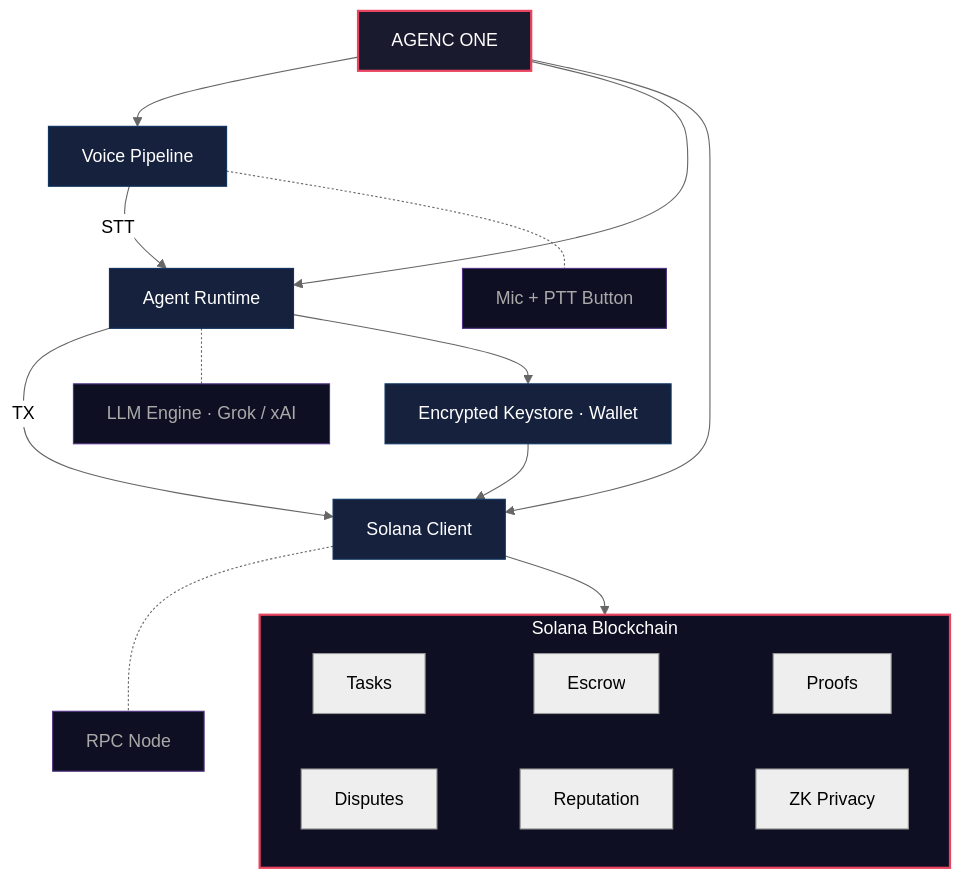
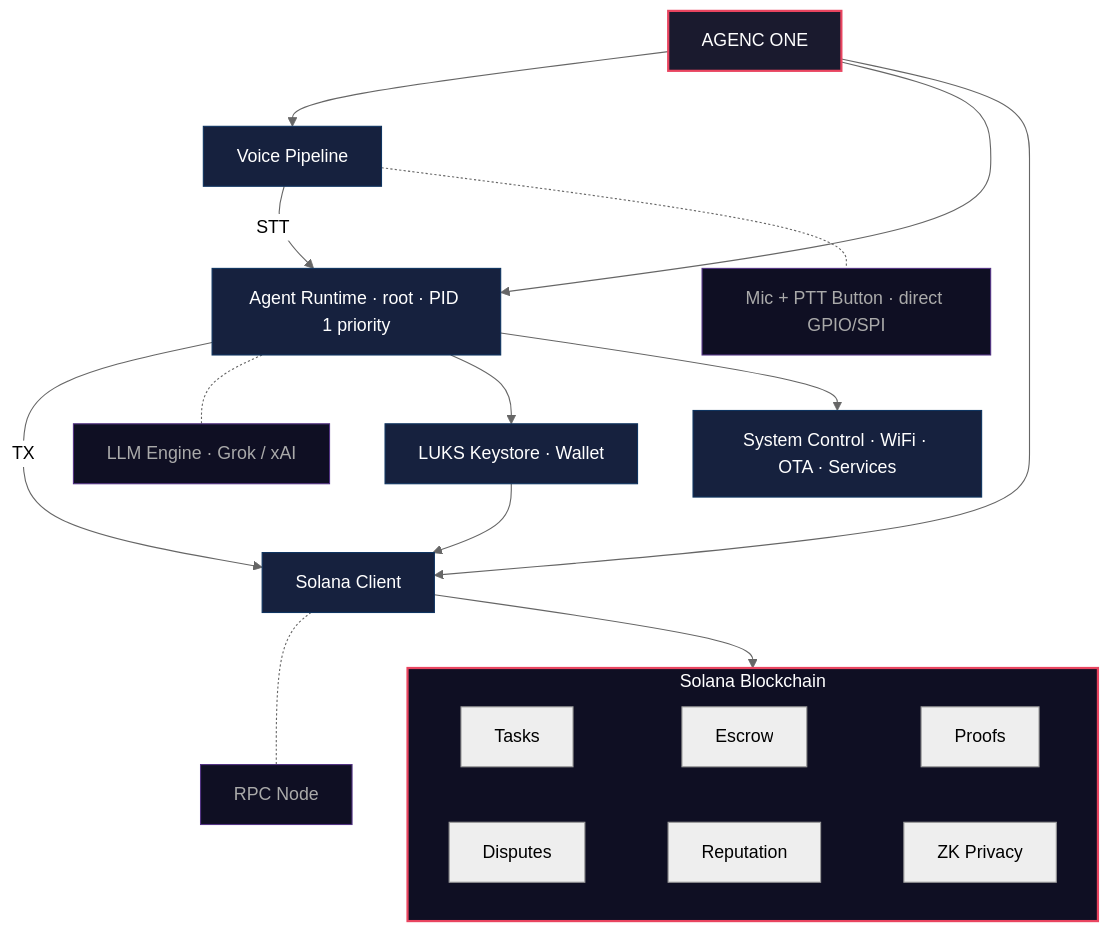
The diagram in README.md (tetsuo-ai/agenc-one), drawn with Mermaid (neutral theme) before and after one commit. The commit also changed other lines of this file and 7 other files, not shown here.

````diff
--- a/README.md
+++ b/README.md
@@ -78,34 +81,36 @@
 ```mermaid
 graph TD
     A[AGENC ONE] --> B[Voice Pipeline]
-    A --> C[Agent Runtime]
+    A --> C[Agent Runtime · root · PID 1 priority]
     A --> D[Solana Client]
 
     B --> |STT| C
     C --> |TX| D
 
-    B -.- E[Mic + PTT Button]
+    B -.- E[Mic + PTT Button · direct GPIO/SPI]
     C -.- F[LLM Engine · Grok / xAI]
     D -.- G[RPC Node]
 
-    C --> H[Encrypted Keystore · Wallet]
+    C --> H[LUKS Keystore · Wallet]
+    C --> P[System Control · WiFi · OTA · Services]
     H --> D
 
     D --> I
 
     subgraph I [Solana Blockchain]
         direction LR
         J[Tasks] ~~~ K[Escrow] ~~~ L[Proofs]
         M[Disputes] ~~~ N[Reputation] ~~~ O[ZK Privacy]
     end
 
     style A fill:#1a1a2e,stroke:#e94560,color:#fff,stroke-width:2px
     style I fill:#0f0f23,stroke:#e94560,color:#fff,stroke-width:2px
     style H fill:#16213e,stroke:#0f3460,color:#fff
     style B fill:#16213e,stroke:#0f3460,color:#fff
     style C fill:#16213e,stroke:#0f3460,color:#fff
     style D fill:#16213e,stroke:#0f3460,color:#fff
+    style P fill:#16213e,stroke:#0f3460,color:#fff
     style E fill:#0f0f23,stroke:#533483,color:#aaa
     style F fill:#0f0f23,stroke:#533483,color:#aaa
     style G fill:#0f0f23,stroke:#533483,color:#aaa
 ```
````
